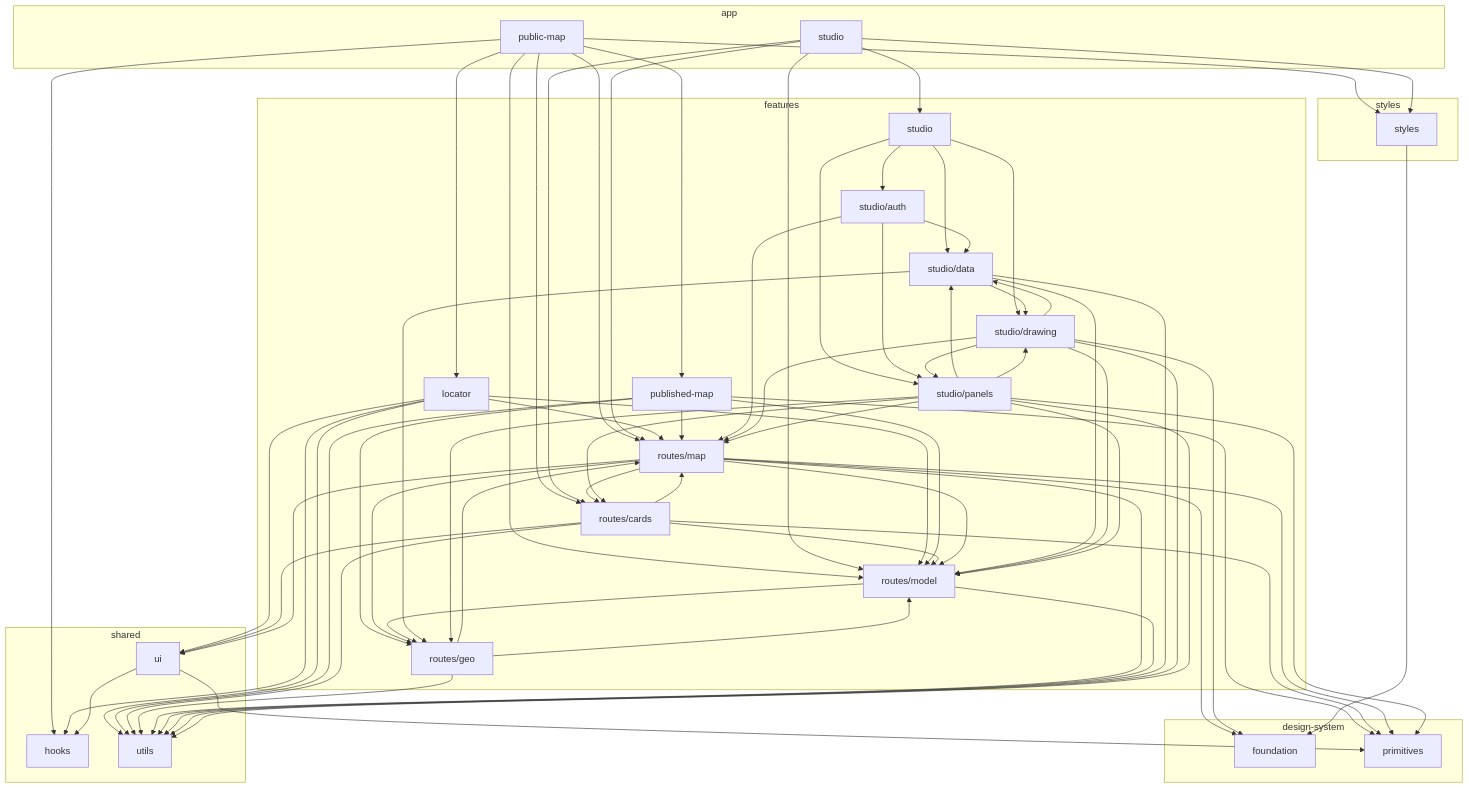
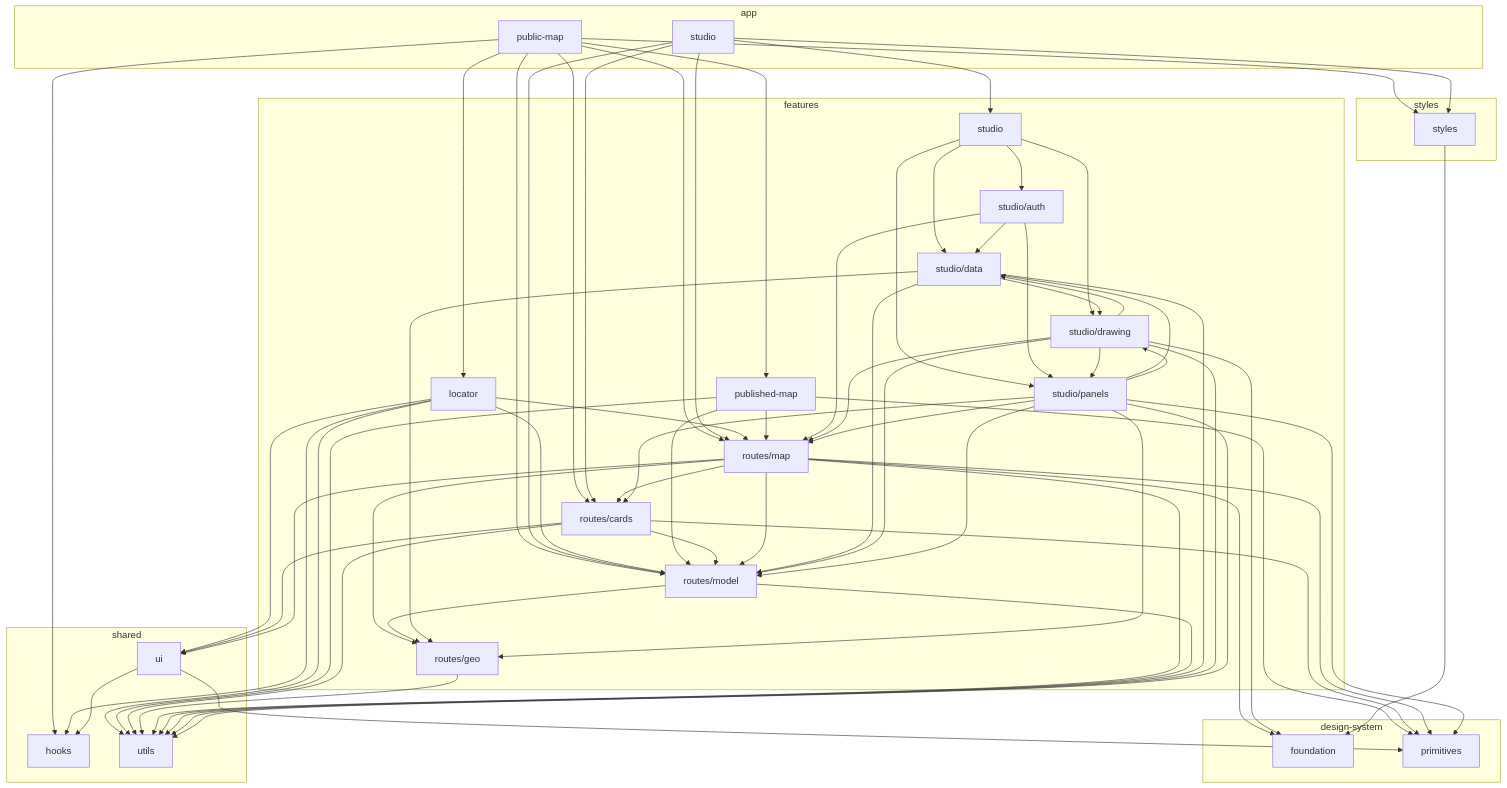
The diagram in docs/architecture.md (ParaOrg/Para), drawn with Mermaid before and after one commit. The commit also changed other lines of this file and 1 other file, not shown here.

First line of the commit message:
Docs: the architecture page and the README after the untangle

```diff
--- a/docs/architecture.md
+++ b/docs/architecture.md
@@ -65,17 +65,13 @@
   features_locator --> shared_ui
   features_locator --> shared_utils
   features_published_map --> design_system_primitives
-  features_published_map --> features_routes_geo
   features_published_map --> features_routes_map
   features_published_map --> features_routes_model
   features_published_map --> shared_utils
   features_routes_cards --> design_system_primitives
-  features_routes_cards --> features_routes_map
   features_routes_cards --> features_routes_model
   features_routes_cards --> shared_ui
   features_routes_cards --> shared_utils
-  features_routes_geo --> features_routes_map
-  features_routes_geo --> features_routes_model
   features_routes_geo --> shared_utils
   features_routes_map --> design_system_foundation
   features_routes_map --> design_system_primitives
```
